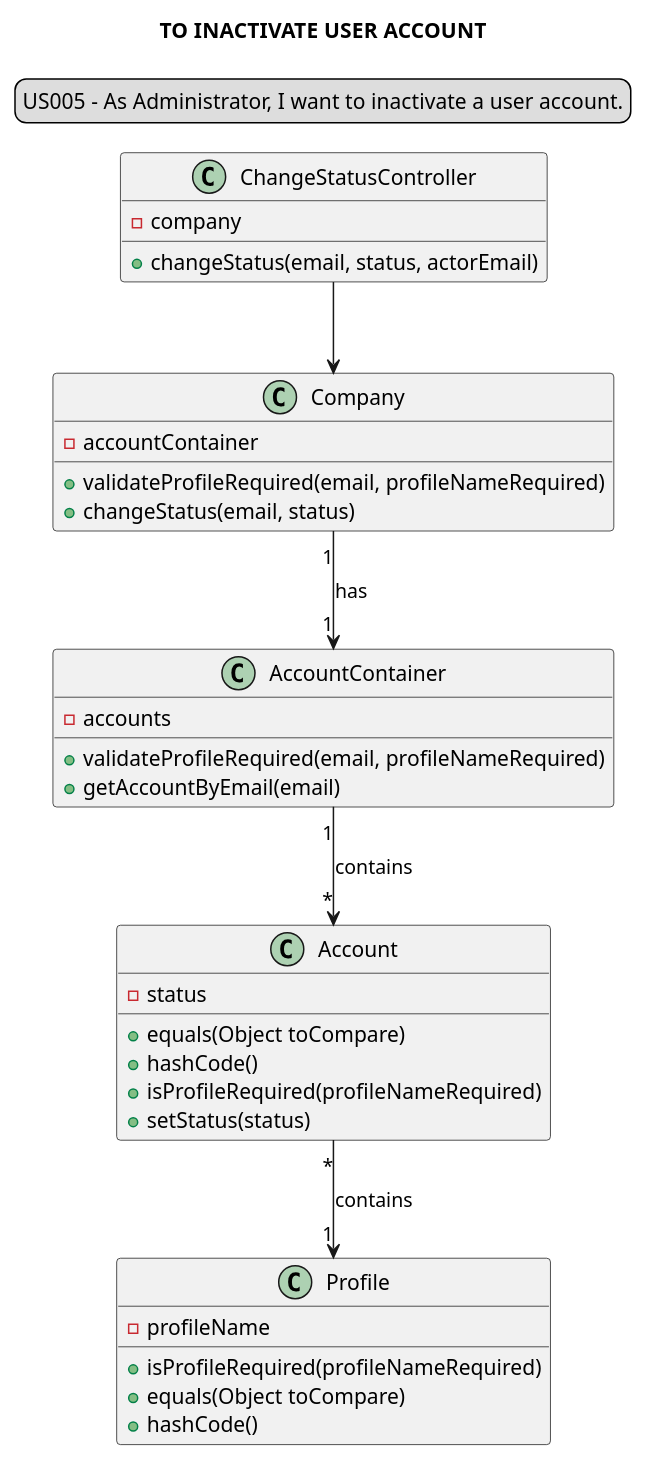
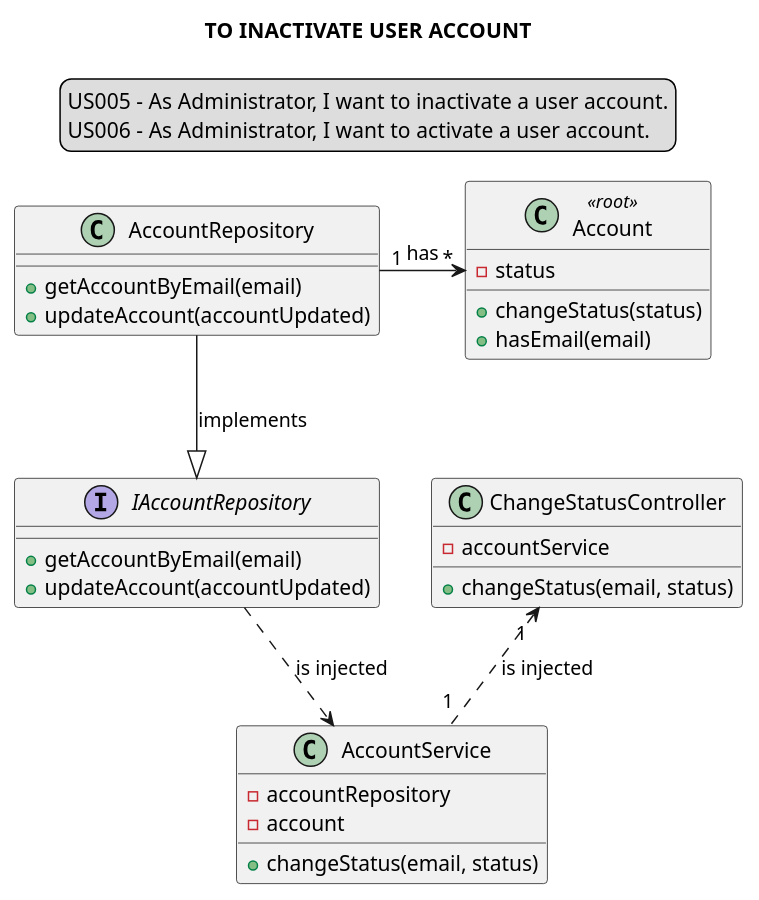
The diagram in docs/modelling_design/user_stories/sprint01/us005/US005_classDiagram.puml (Loracline/project_switch_22-23), drawn with PlantUML before and after one commit. The commit also changed 8 other files, not shown here.

Commit message:
US05-06:design: update sequence diagram and class diagram. correction to US002 class diagram , closes #371

```diff
--- a/docs/modelling_design/user_stories/sprint01/us005/US005_classDiagram.puml
+++ b/docs/modelling_design/user_stories/sprint01/us005/US005_classDiagram.puml
@@ -1,48 +1,41 @@
 @startuml
-
 legend top
 US005 - As Administrator, I want to inactivate a user account.
+US006 - As Administrator, I want to activate a user account.
 end legend
 skinparam sequenceMessageAlign center
 title TO INACTIVATE USER ACCOUNT
 
-
-class "ChangeStatusController" {
--company
-+changeStatus(email, status, actorEmail)
-}
-
-class "Company" {
--accountContainer
-+validateProfileRequired(email, profileNameRequired)
+class ChangeStatusController {
+-accountService
 +changeStatus(email, status)
 }
 
-class "AccountContainer" {
--accounts
-+validateProfileRequired(email, profileNameRequired)
-+getAccountByEmail(email)
+class AccountService {
+-accountRepository
+-account
++changeStatus(email, status)
 }
 
-class "Account" {
--status
-+equals(Object toCompare)
-+hashCode()
-+ isProfileRequired(profileNameRequired)
-+ setStatus(status)
-}
-class "Profile"{
--profileName
-+isProfileRequired(profileNameRequired)
-+equals(Object toCompare)
-+hashCode()
+class AccountRepository{
++getAccountByEmail(email)
++updateAccount(accountUpdated)
 }
 
+interface IAccountRepository{
++getAccountByEmail(email)
++updateAccount(accountUpdated)
+}
 
-"ChangeStatusController" --> "Company"
-"Company" "1"-->"1" "AccountContainer": has
-"AccountContainer" "1"-->"*" "Account": contains
-"Account" "*"--> "1""Profile": contains
+class Account <<root>>{
+-status
++changeStatus(status)
++hasEmail(email)
+}
 
+AccountRepository "1"->"*" Account: has
+ChangeStatusController"1 " <.. "1 "AccountService : is injected
+IAccountRepository ..> AccountService : is injected
+AccountRepository --|> IAccountRepository : implements
 
 @enduml
```
